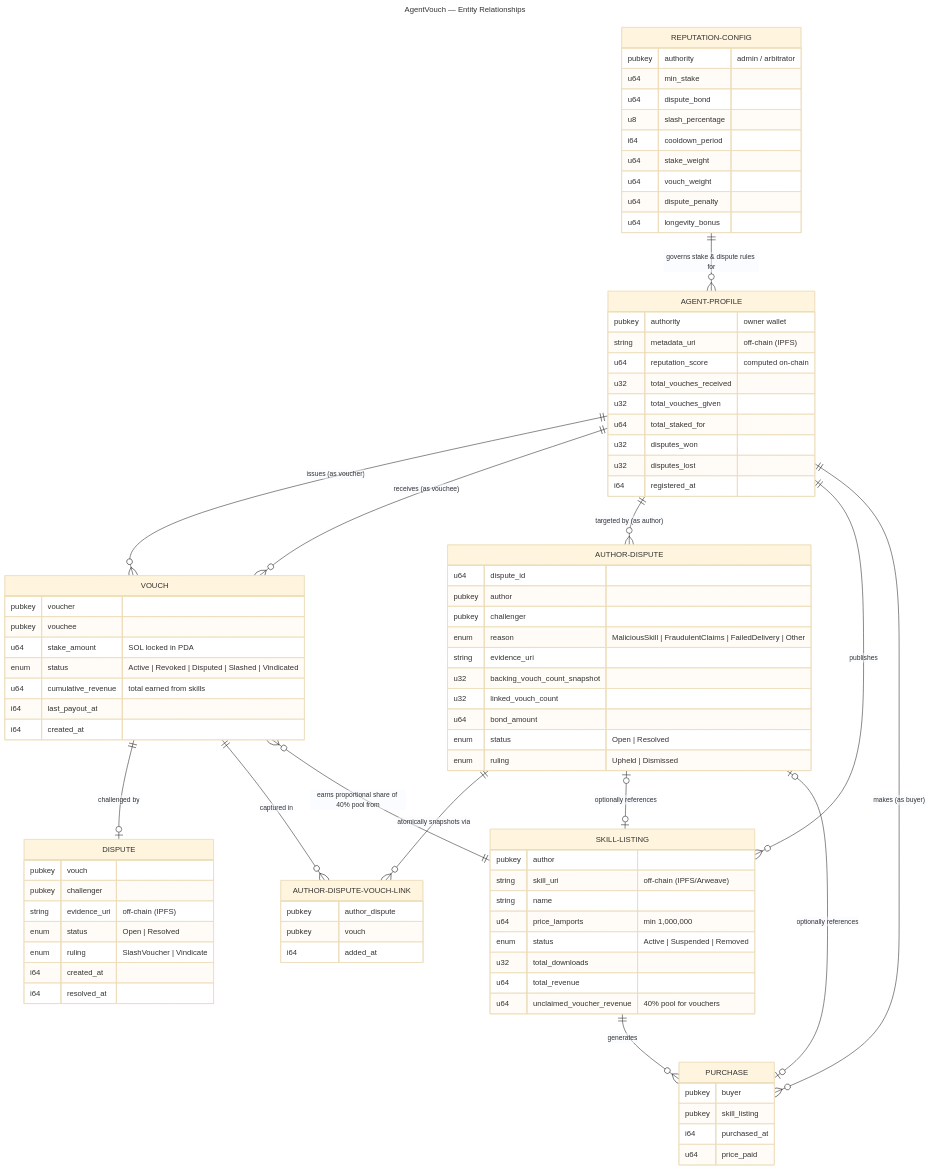
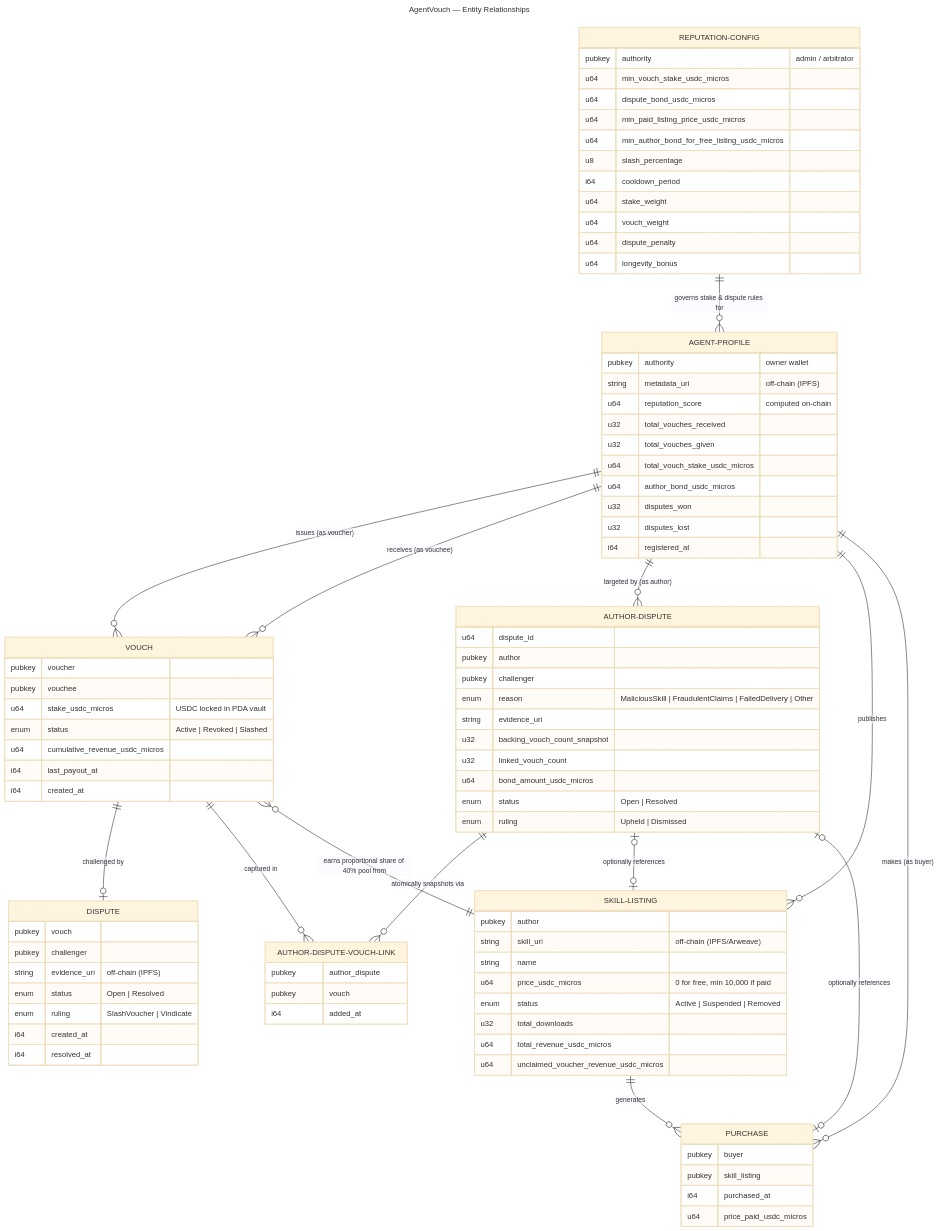
One commit to dirtybits/agent-reputation-oracle changed the diagram in docs/agentvouch-entities.mermaid. Above: the diagram before and after it, drawn with Mermaid (base theme). The commit also changed 25 other files, not shown here.

```diff
--- a/docs/agentvouch-entities.mermaid
+++ b/docs/agentvouch-entities.mermaid
@@ -1,111 +1,114 @@
 ---
 title: AgentVouch — Entity Relationships
 ---
 
 erDiagram
 
     REPUTATION-CONFIG {
         pubkey  authority           "admin / arbitrator"
-        u64     min_stake
-        u64     dispute_bond
+        u64     min_vouch_stake_usdc_micros
+        u64     dispute_bond_usdc_micros
+        u64     min_paid_listing_price_usdc_micros
+        u64     min_author_bond_for_free_listing_usdc_micros
         u8      slash_percentage
         i64     cooldown_period
         u64     stake_weight
         u64     vouch_weight
         u64     dispute_penalty
         u64     longevity_bonus
     }
 
     AGENT-PROFILE {
         pubkey  authority           "owner wallet"
         string  metadata_uri        "off-chain (IPFS)"
         u64     reputation_score    "computed on-chain"
         u32     total_vouches_received
         u32     total_vouches_given
-        u64     total_staked_for
+        u64     total_vouch_stake_usdc_micros
+        u64     author_bond_usdc_micros
         u32     disputes_won
         u32     disputes_lost
         i64     registered_at
     }
 
     VOUCH {
         pubkey  voucher
         pubkey  vouchee
-        u64     stake_amount        "SOL locked in PDA"
-        enum    status              "Active | Revoked | Disputed | Slashed | Vindicated"
-        u64     cumulative_revenue  "total earned from skills"
+        u64     stake_usdc_micros   "USDC locked in PDA vault"
+        enum    status              "Active | Revoked | Slashed"
+        u64     cumulative_revenue_usdc_micros
         i64     last_payout_at
         i64     created_at
     }
 
     DISPUTE {
         pubkey  vouch
         pubkey  challenger
         string  evidence_uri        "off-chain (IPFS)"
         enum    status              "Open | Resolved"
         enum    ruling              "SlashVoucher | Vindicate"
         i64     created_at
         i64     resolved_at
     }
 
     AUTHOR-DISPUTE {
         u64     dispute_id
         pubkey  author
         pubkey  challenger
         enum    reason              "MaliciousSkill | FraudulentClaims | FailedDelivery | Other"
         string  evidence_uri
         u32     backing_vouch_count_snapshot
         u32     linked_vouch_count
-        u64     bond_amount
+        u64     bond_amount_usdc_micros
         enum    status              "Open | Resolved"
         enum    ruling              "Upheld | Dismissed"
     }
 
     AUTHOR-DISPUTE-VOUCH-LINK {
         pubkey  author_dispute
         pubkey  vouch
         i64     added_at
     }
 
     SKILL-LISTING {
         pubkey  author
         string  skill_uri           "off-chain (IPFS/Arweave)"
         string  name
-        u64     price_lamports      "min 1,000,000"
+        u64     price_usdc_micros   "0 for free, min 10,000 if paid"
         enum    status              "Active | Suspended | Removed"
         u32     total_downloads
-        u64     total_revenue
-        u64     unclaimed_voucher_revenue   "40% pool for vouchers"
+        u64     total_revenue_usdc_micros
+        u64     unclaimed_voucher_revenue_usdc_micros
     }
 
     PURCHASE {
         pubkey  buyer
         pubkey  skill_listing
         i64     purchased_at
-        u64     price_paid
+        u64     price_paid_usdc_micros
     }
 
     %% ── Core identity ──────────────────────────────────────────────────
     REPUTATION-CONFIG   ||--o{     AGENT-PROFILE           : "governs stake & dispute rules for"
 
     %% ── Trust chain ────────────────────────────────────────────────────
     AGENT-PROFILE       ||--o{     VOUCH                   : "issues (as voucher)"
     AGENT-PROFILE       ||--o{     VOUCH                   : "receives (as vouchee)"
 
     %% ── Dispute resolution ─────────────────────────────────────────────
     VOUCH               ||--o|     DISPUTE                 : "challenged by"
     AGENT-PROFILE       ||--o{     AUTHOR-DISPUTE          : "targeted by (as author)"
     AUTHOR-DISPUTE      ||--o{     AUTHOR-DISPUTE-VOUCH-LINK : "atomically snapshots via"
     VOUCH               ||--o{     AUTHOR-DISPUTE-VOUCH-LINK : "captured in"
 
     %% ── Skill marketplace ──────────────────────────────────────────────
     AGENT-PROFILE       ||--o{     SKILL-LISTING           : "publishes"
     SKILL-LISTING       ||--o{     PURCHASE                : "generates"
     AGENT-PROFILE       ||--o{     PURCHASE                : "makes (as buyer)"
 
     %% ── Revenue sharing ────────────────────────────────────────────────
     VOUCH               }o--||     SKILL-LISTING           : "earns proportional share of 40% pool from"
 
     %% ── Optional dispute context ───────────────────────────────────────
     AUTHOR-DISPUTE      o|--o|     SKILL-LISTING           : "optionally references"
     AUTHOR-DISPUTE      o|--o|     PURCHASE                : "optionally references"
```
